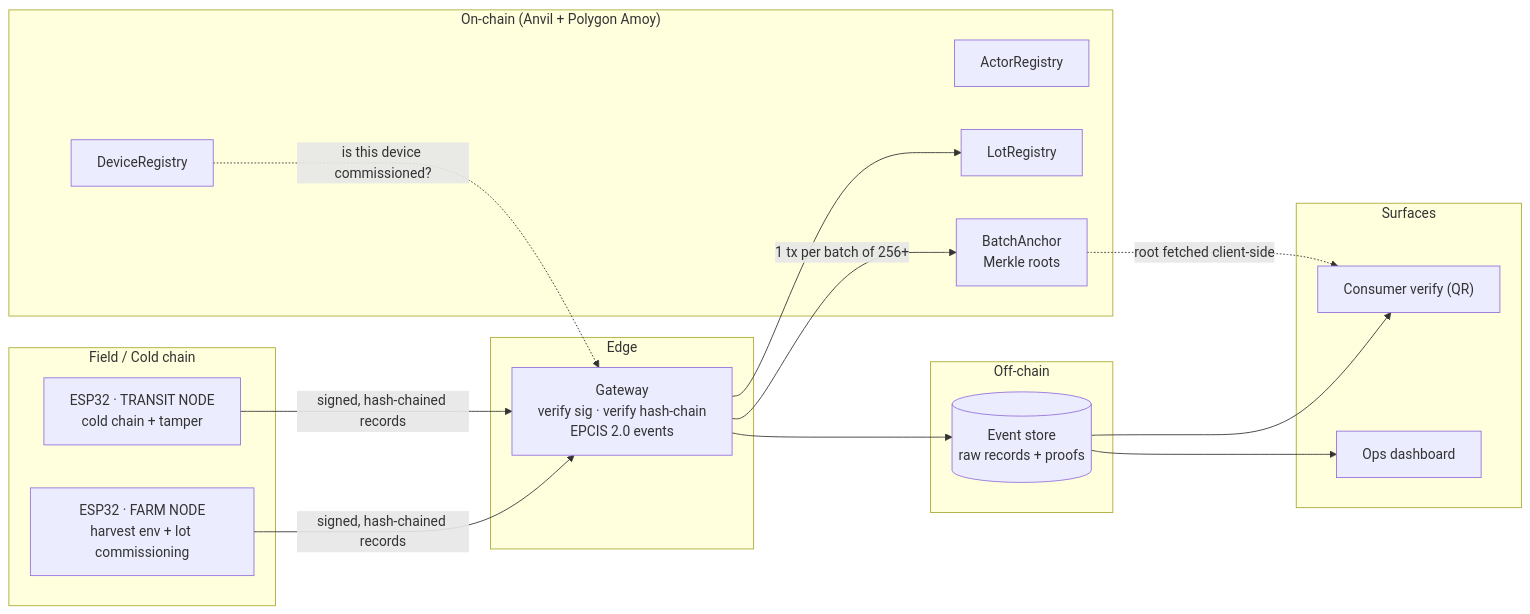
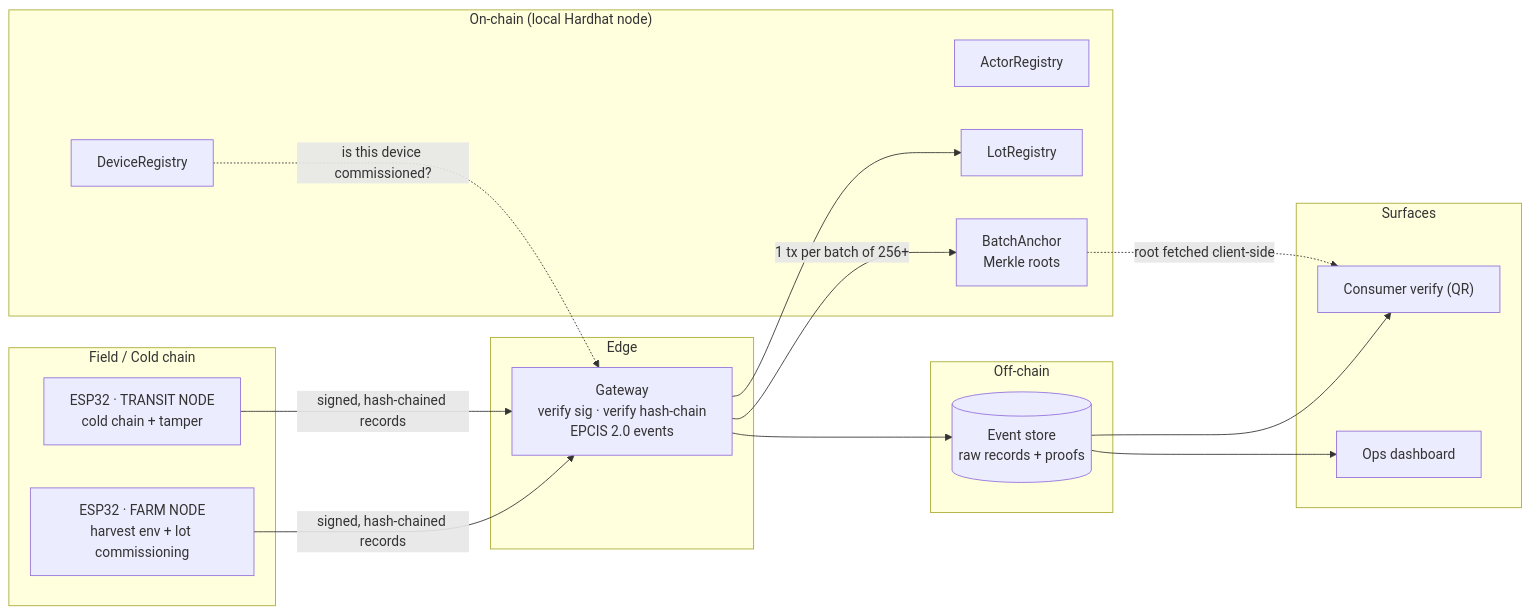
One commit to SarmaHighOnCode/krishichain changed the diagram in README.md. Above: the diagram before and after it, drawn with Mermaid. The commit also changed other lines of this file and 22 other files, not shown here.

````diff
--- a/README.md
+++ b/README.md
@@ -35,37 +36,37 @@
 ```mermaid
 flowchart LR
   subgraph FIELD["Field / Cold chain"]
     N1["ESP32 · FARM NODE<br/>harvest env + lot commissioning"]
     N2["ESP32 · TRANSIT NODE<br/>cold chain + tamper"]
   end
 
   subgraph EDGE["Edge"]
     GW["Gateway<br/>verify sig · verify hash-chain<br/>EPCIS 2.0 events"]
   end
 
   subgraph OFFCHAIN["Off-chain"]
     DB[("Event store<br/>raw records + proofs")]
   end
 
-  subgraph CHAIN["On-chain (Anvil + Polygon Amoy)"]
+  subgraph CHAIN["On-chain (local Hardhat node)"]
     C1["DeviceRegistry"]
     C2["ActorRegistry"]
     C3["LotRegistry"]
     C4["BatchAnchor<br/>Merkle roots"]
   end
 
   subgraph APPS["Surfaces"]
     W1["Consumer verify (QR)"]
     W2["Ops dashboard"]
   end
 
   N1 -->|"signed, hash-chained records"| GW
   N2 -->|"signed, hash-chained records"| GW
   GW --> DB
   GW -->|"1 tx per batch of 256+"| C4
   GW --> C3
   C1 -.->|"is this device commissioned?"| GW
   DB --> W1
   DB --> W2
   C4 -.->|"root fetched client-side"| W1
 ```
````
